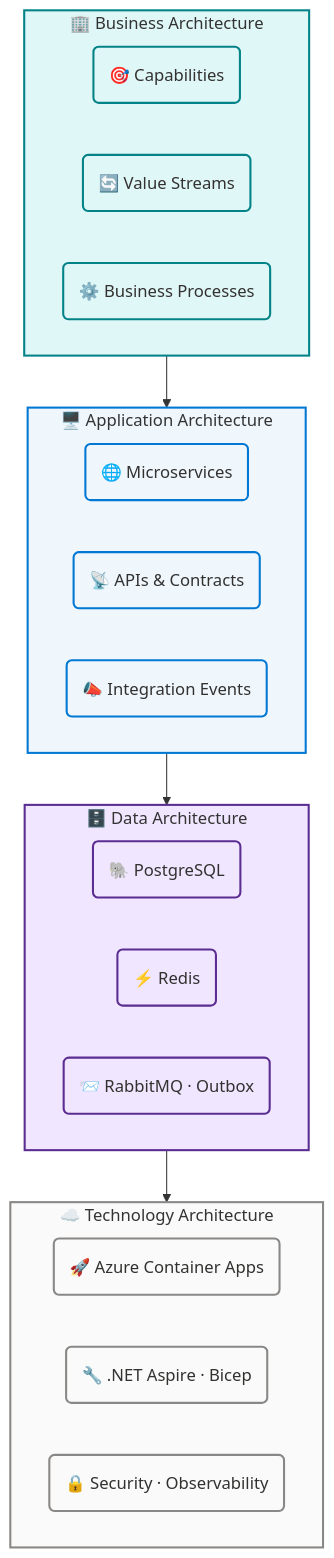
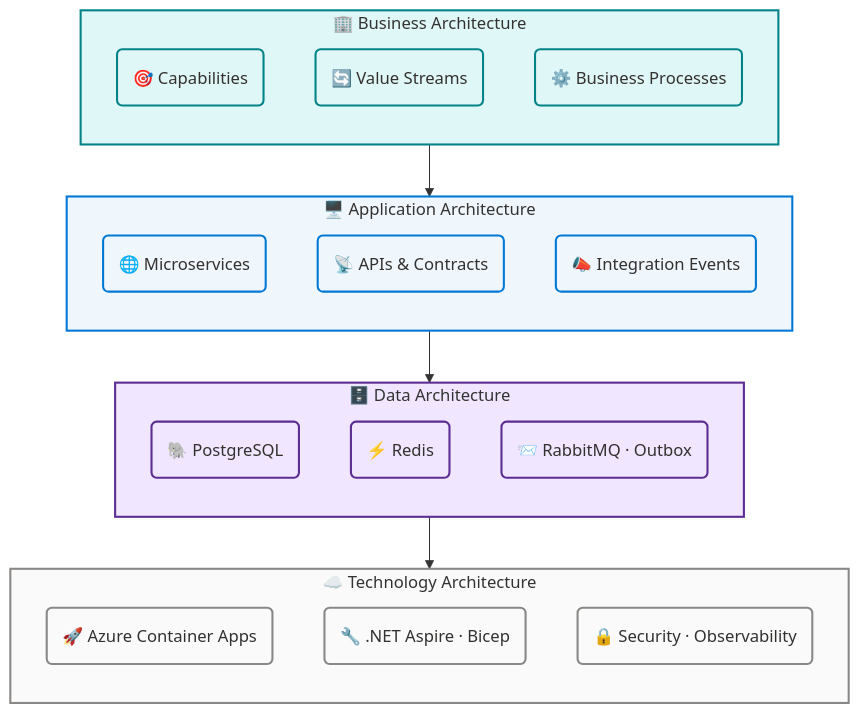
The diagram in docs/architecture/README.md (Evilazaro/eShop), drawn with Mermaid before and after one commit.

Commit message:
refactor: change flow direction in architecture flowcharts for better readability

````diff
--- a/docs/architecture/README.md
+++ b/docs/architecture/README.md
@@ -16,61 +16,61 @@
 ```mermaid
 flowchart TB
     accTitle: eShop TOGAF Architecture Layers
     accDescr: WCAG AA compliant layered architecture diagram showing the four TOGAF layers of the eShop platform stacked top-to-bottom — Business, Application, Data, and Technology — with directional arrows indicating dependency flow.
 
     %% ═══════════════════════════════════════════════════════════════════════════
     %% AZURE / FLUENT ARCHITECTURE PATTERN v2.0
     %% (Semantic + Structural + Font + Accessibility Governance)
     %% ═══════════════════════════════════════════════════════════════════════════
     %% PHASE 1 - FLUENT UI: All styling uses approved Fluent UI palette only
     %% PHASE 2 - GROUPS: Every subgraph has semantic color via style directive
     %% PHASE 3 - COMPONENTS: Every node has semantic classDef + icon prefix
     %% PHASE 4 - ACCESSIBILITY: accTitle/accDescr present, WCAG AA contrast
     %% PHASE 5 - STANDARD: Governance block present, classDefs centralized
     %% ═══════════════════════════════════════════════════════════════════════════
 
     subgraph BIZ["🏢 Business Architecture"]
-        direction LR
+        direction TB
         B1("🎯 Capabilities"):::external
         B2("🔄 Value Streams"):::external
         B3("⚙️ Business Processes"):::external
     end
 
     subgraph APP["🖥️ Application Architecture"]
-        direction LR
+        direction TB
         A1("🌐 Microservices"):::core
         A2("📡 APIs & Contracts"):::core
         A3("📣 Integration Events"):::core
     end
 
     subgraph DAT["🗄️ Data Architecture"]
-        direction LR
+        direction TB
         D1("🐘 PostgreSQL"):::data
         D2("⚡ Redis"):::data
         D3("📨 RabbitMQ · Outbox"):::data
     end
 
     subgraph TECH["☁️ Technology Architecture"]
-        direction LR
+        direction TB
         T1("🚀 Azure Container Apps"):::neutral
         T2("🔧 .NET Aspire · Bicep"):::neutral
         T3("🔒 Security · Observability"):::neutral
     end
 
     BIZ --> APP
     APP --> DAT
     DAT --> TECH
 
     style BIZ  fill:#E0F7F7,stroke:#038387,stroke-width:2px
     style APP  fill:#EFF6FC,stroke:#0078D4,stroke-width:2px
     style DAT  fill:#F0E6FF,stroke:#5C2D91,stroke-width:2px
     style TECH fill:#FAFAFA,stroke:#8A8886,stroke-width:2px
 
     classDef neutral  fill:#FAFAFA,stroke:#8A8886,stroke-width:2px,color:#323130
     classDef core     fill:#EFF6FC,stroke:#0078D4,stroke-width:2px,color:#323130
     classDef success  fill:#DFF6DD,stroke:#107C10,stroke-width:2px,color:#323130
     classDef warning  fill:#FFF4CE,stroke:#FFB900,stroke-width:2px,color:#323130
     classDef danger   fill:#FDE7E9,stroke:#D13438,stroke-width:2px,color:#323130
     classDef data     fill:#F0E6FF,stroke:#5C2D91,stroke-width:2px,color:#323130
     classDef external fill:#E0F7F7,stroke:#038387,stroke-width:2px,color:#323130
 ```
````
